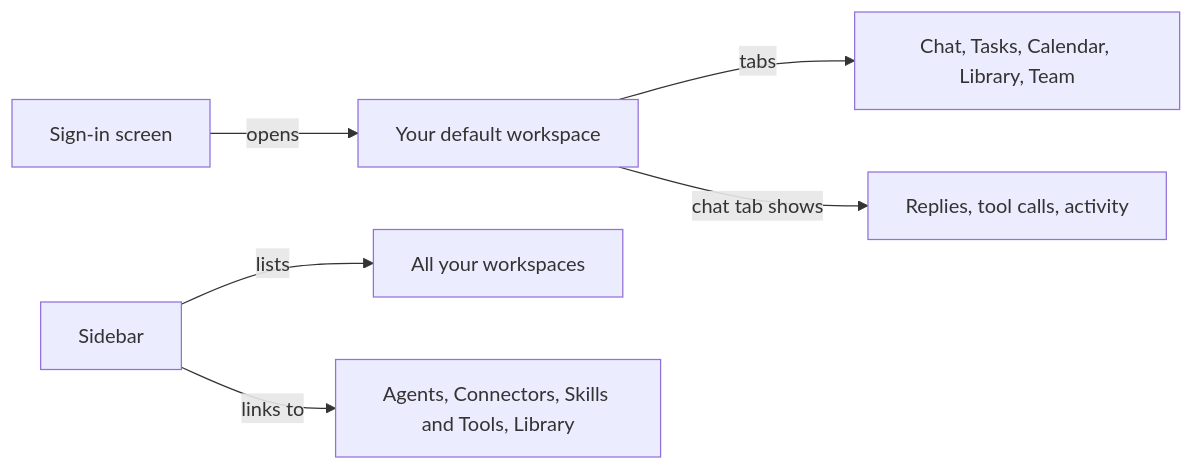
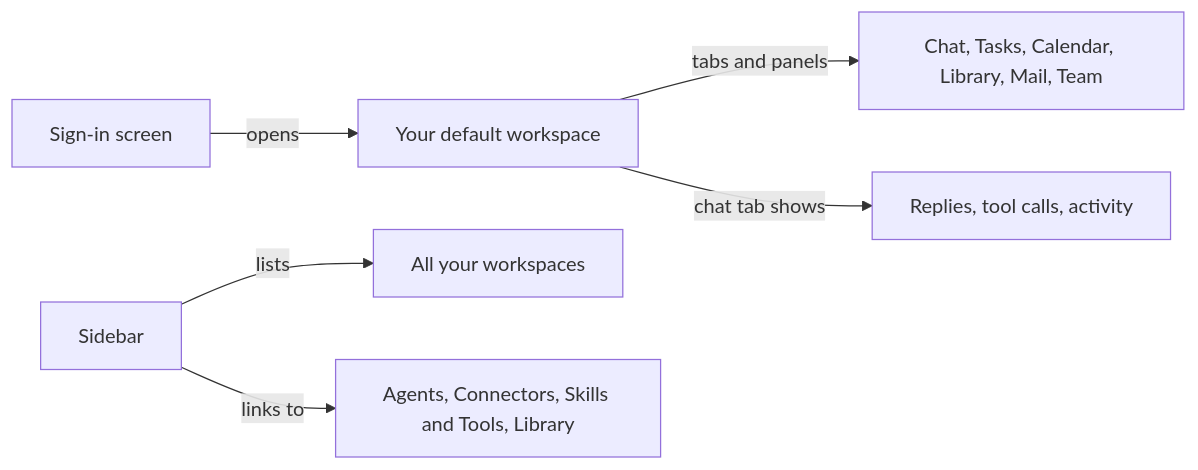
Before and after one commit to elicify-ai/omnipus: the diagram in docs/using-omnipus-ui.md, drawn with Mermaid. The commit also changed other lines of this file and 4 other files, not shown here.

Commit message:
docs: document Mail and shared side panels

````diff
--- a/docs/using-omnipus-ui.md
+++ b/docs/using-omnipus-ui.md
@@ -11,8 +11,8 @@
 ```mermaid
 flowchart LR
   SignIn[Sign-in screen] -->|opens| Workspace[Your default workspace]
   Bar[Sidebar] -->|lists| Workspaces[All your workspaces]
   Bar -->|links to| Screens[Agents, Connectors, Skills and Tools, Library]
-  Workspace -->|tabs| Tabs[Chat, Tasks, Calendar, Library, Team]
+  Workspace -->|tabs and panels| Tabs[Chat, Tasks, Calendar, Library, Mail, Team]
   Workspace -->|chat tab shows| Chat[Replies, tool calls, activity]
 ```
````
